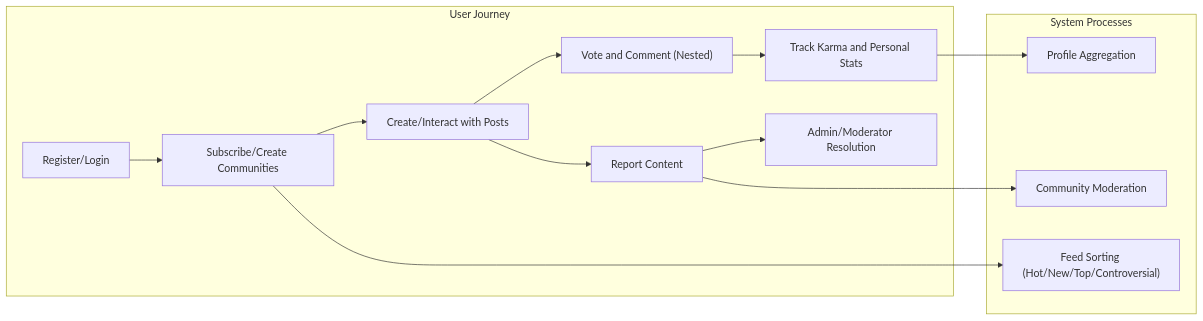
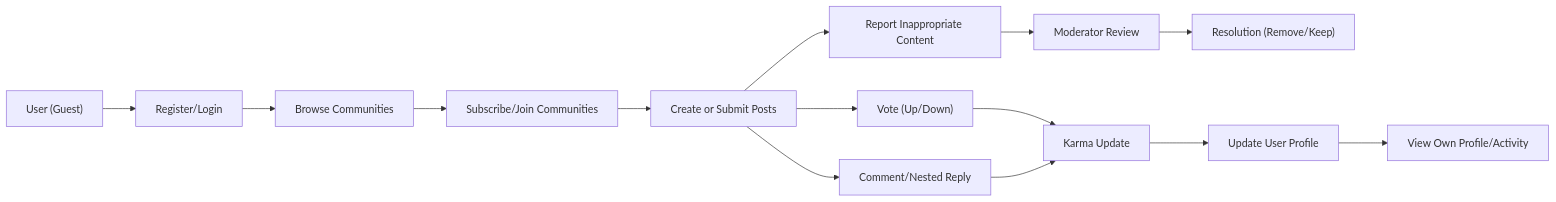
One commit to wrtnlabs/autobe-examples changed the diagram in openai/gpt-4.1/reddit/docs/analysis/01-service-overview.md. Above: the diagram before and after it, drawn with Mermaid. The commit also changed other lines of this file and 22498 other files, not shown here.

````diff
--- a/openai/gpt-4.1/reddit/docs/analysis/01-service-overview.md
+++ b/openai/gpt-4.1/reddit/docs/analysis/01-service-overview.md
@@ -125,21 +65,16 @@
 ```mermaid
 graph LR
-  subgraph "User Journey"
-    A["Register/Login"] --> B["Subscribe/Create Communities"]
-    B --> C["Create/Interact with Posts"]
-    C --> D["Vote and Comment (Nested)"]
-    D --> E["Track Karma and Personal Stats"]
-    C --> F["Report Content"]
-    F --> G["Admin/Moderator Resolution"]
-  end
-
-  subgraph "System Processes"
-    H["Feed Sorting (Hot/New/Top/Controversial)"]
-    I["Profile Aggregation"]
-    J["Community Moderation"]
-  end
-
-  E --> I
-  B --> H
-  F --> J
+    A["User (Guest)"] --> B["Register/Login"]
+    B --> C["Browse Communities"]
+    C --> D["Subscribe/Join Communities"]
+    D --> E["Create or Submit Posts"]
+    E --> F["Vote (Up/Down)"]
+    E --> G["Comment/Nested Reply"]
+    F --> H["Karma Update"]
+    G --> H
+    E --> I["Report Inappropriate Content"]
+    I --> J["Moderator Review"]
+    J --> K["Resolution (Remove/Keep)"]
+    H --> L["Update User Profile"]
+    L --> M["View Own Profile/Activity"]
 ```
````
